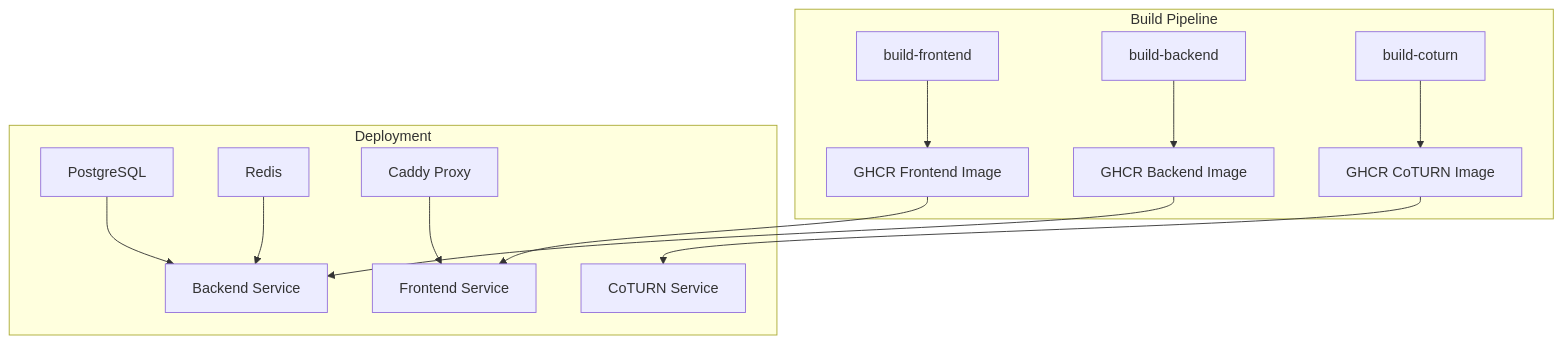
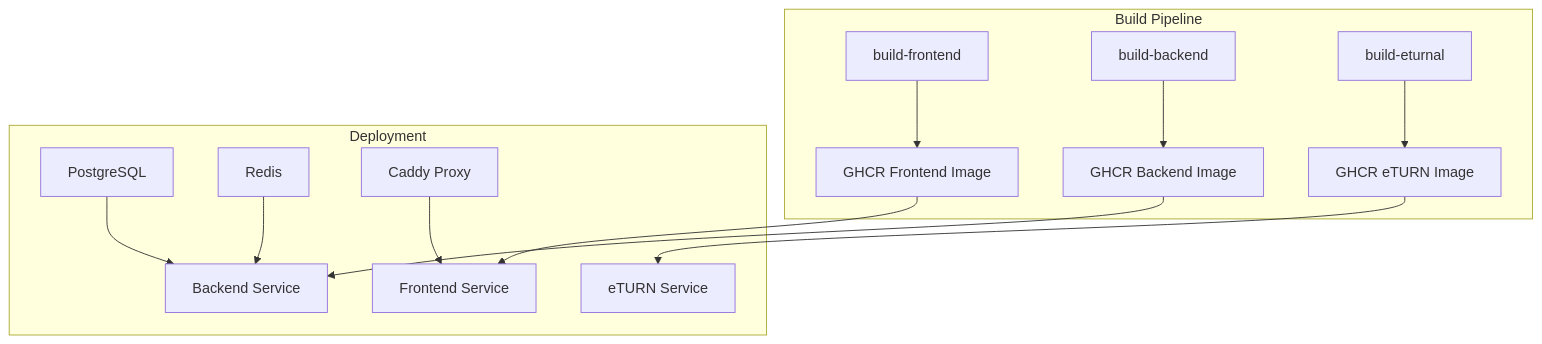
Before and after one commit to Naimur2/videocallsystem: the diagram in BUILD_ERROR_FIXES.md, drawn with Mermaid. The commit also changed other lines of this file and 20 other files, not shown here.

````diff
--- a/BUILD_ERROR_FIXES.md
+++ b/BUILD_ERROR_FIXES.md
@@ -41,17 +41,17 @@
 ```mermaid
 graph TB
     subgraph "Build Pipeline"
         A[build-frontend] --> D[GHCR Frontend Image]
         B[build-backend] --> E[GHCR Backend Image]
-        C[build-coturn] --> F[GHCR CoTURN Image]
+        C[build-eturnal] --> F[GHCR eTURN Image]
     end
     
     subgraph "Deployment"
         D --> G[Frontend Service]
         E --> H[Backend Service]
-        F --> I[CoTURN Service]
+        F --> I[eTURN Service]
         J[PostgreSQL] --> H
         K[Redis] --> H
         L[Caddy Proxy] --> G
     end
 ```
````
